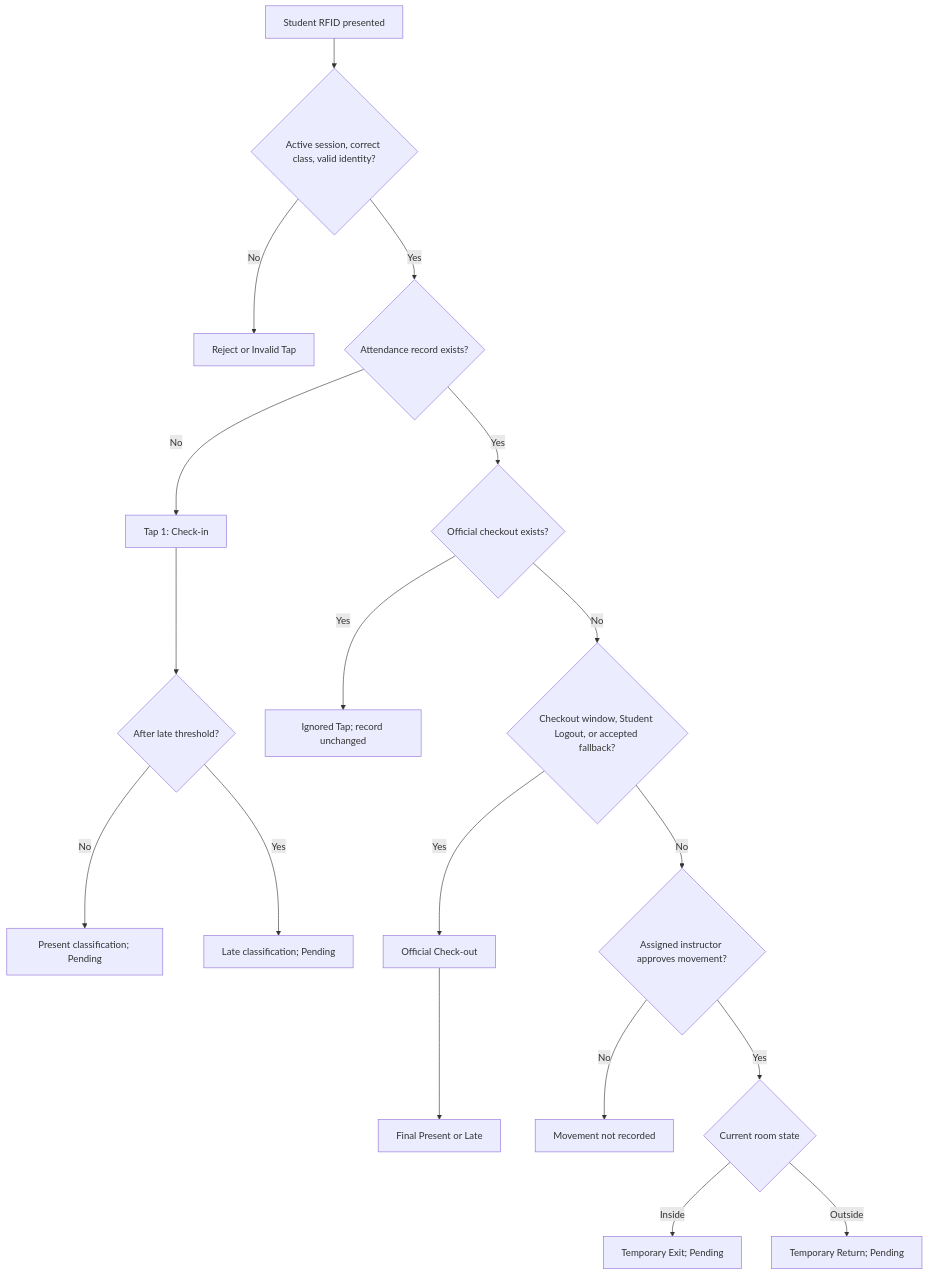
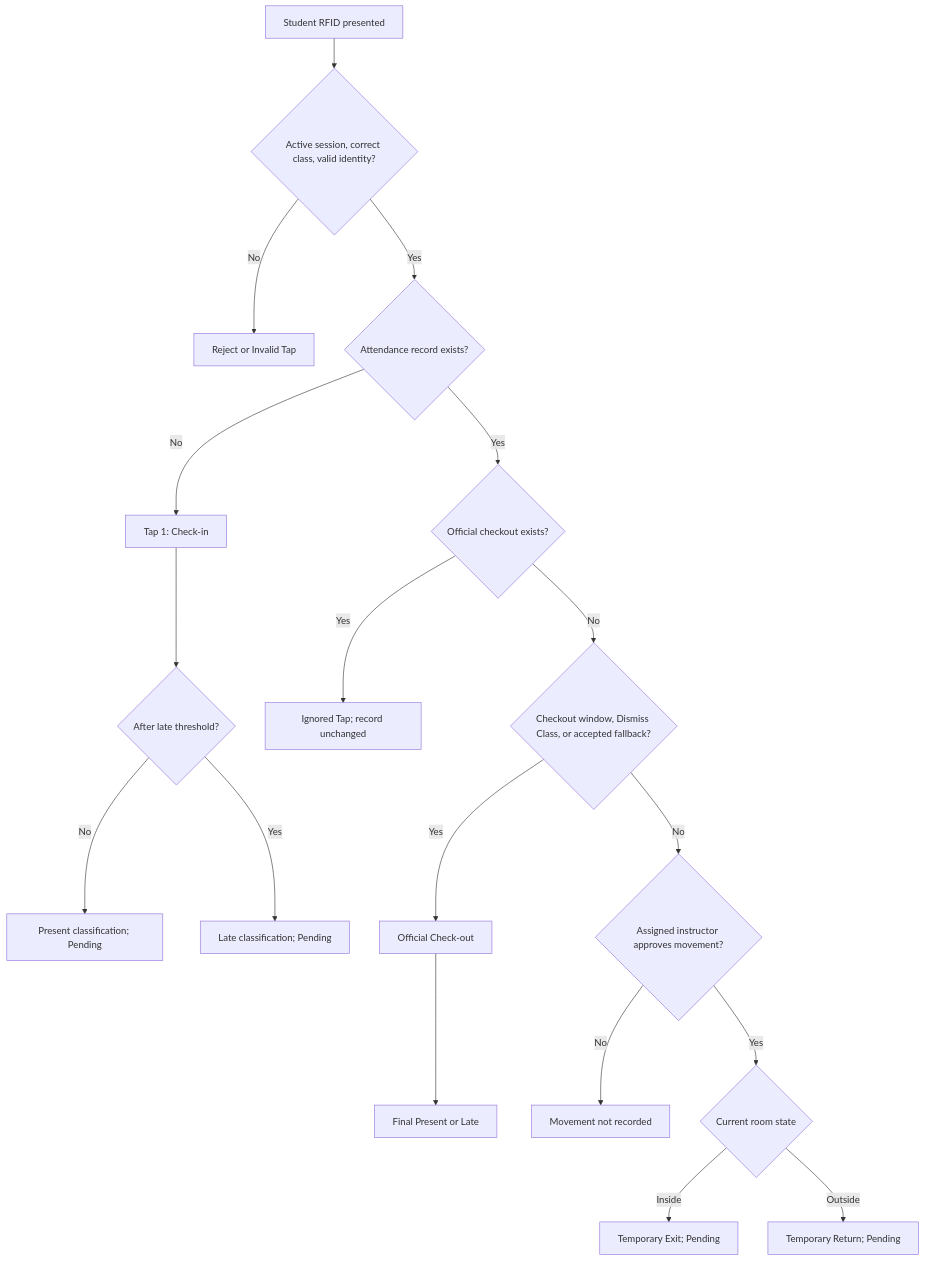
One commit to capstonedummy11/capstone-rfid changed the second of 5 diagrams in docs/SYSTEM_FLOW_DEMONSTRATION.md. Above: the diagram before and after it, drawn with Mermaid. The commit also changed other lines of this file and 9 other files, not shown here.

````diff
--- a/docs/SYSTEM_FLOW_DEMONSTRATION.md
+++ b/docs/SYSTEM_FLOW_DEMONSTRATION.md
@@ -439,20 +439,20 @@
 ```mermaid
 flowchart TD
     A[Student RFID presented] --> B{Active session, correct class, valid identity?}
     B -- No --> C[Reject or Invalid Tap]
     B -- Yes --> D{Attendance record exists?}
     D -- No --> E[Tap 1: Check-in]
     E --> F{After late threshold?}
     F -- No --> G[Present classification; Pending]
     F -- Yes --> H[Late classification; Pending]
     D -- Yes --> I{Official checkout exists?}
     I -- Yes --> J[Ignored Tap; record unchanged]
-    I -- No --> K{Checkout window, Student Logout, or accepted fallback?}
+    I -- No --> K{Checkout window, Dismiss Class, or accepted fallback?}
     K -- Yes --> L[Official Check-out]
     L --> M[Final Present or Late]
     K -- No --> N{Assigned instructor approves movement?}
     N -- No --> O[Movement not recorded]
     N -- Yes --> P{Current room state}
     P -- Inside --> Q[Temporary Exit; Pending]
     P -- Outside --> R[Temporary Return; Pending]
 ```
````
